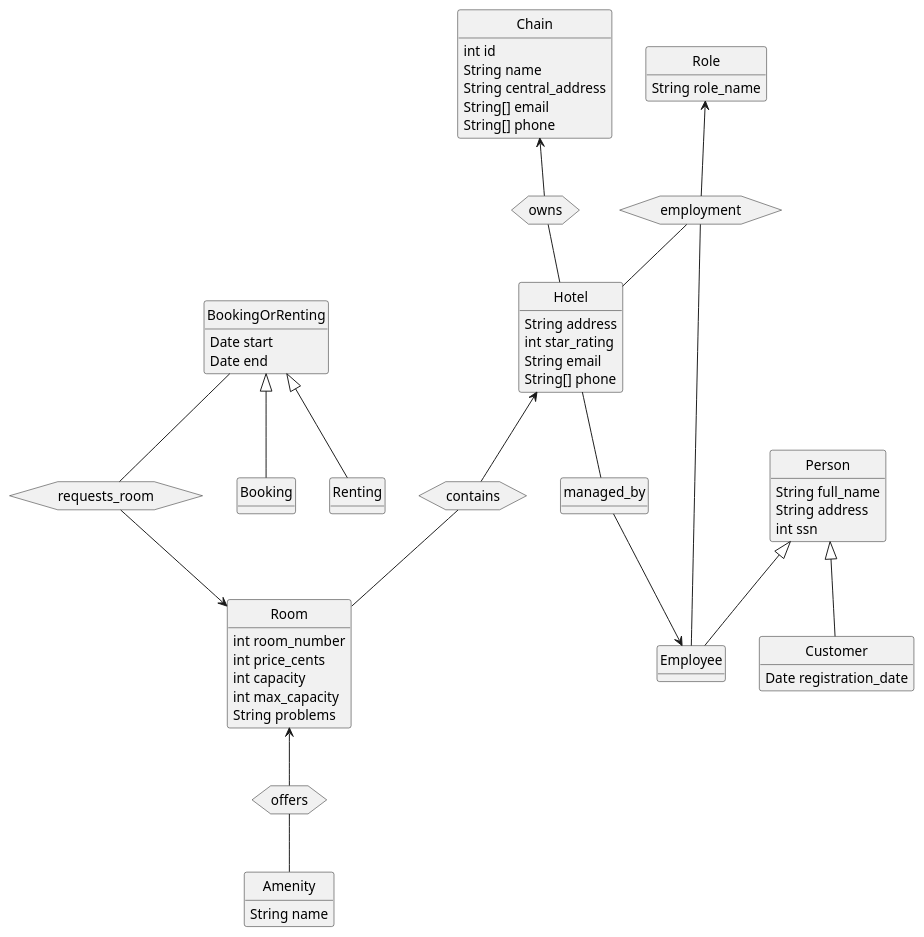
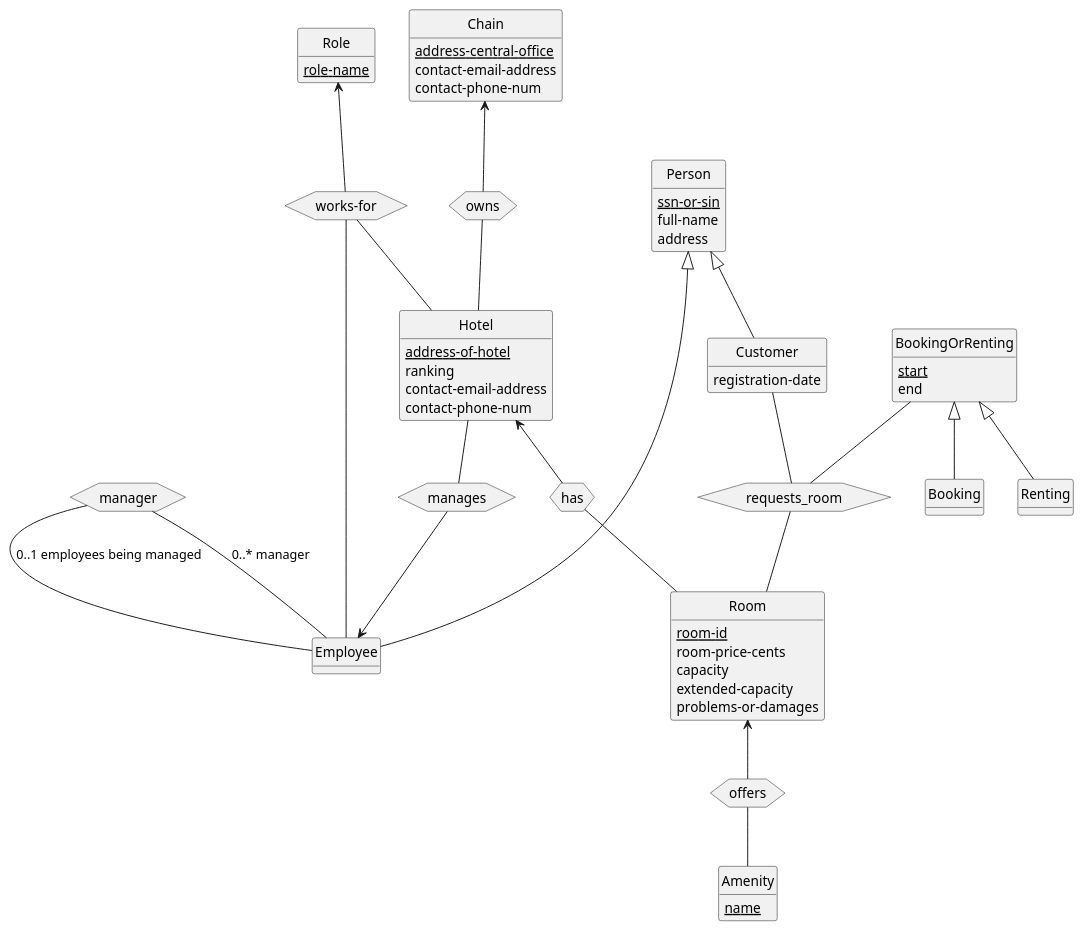
One commit to danielzgtg/csi2132-project-team-7 changed the first of 2 diagrams in deliverable1_class.md. Above: the diagram before and after it, drawn with PlantUML. The commit also changed other lines of this file, not shown here.

````diff
--- a/deliverable1_class.md
+++ b/deliverable1_class.md
@@ -10,73 +10,77 @@
 allowmixing
 
 class Chain {
-int id
-String name
-String central_address
-String[] email
-String[] phone
+<u>address-central-office</u>
+contact-email-address
+contact-phone-num
 }
 hexagon owns
 Chain <-- owns
 
 class Hotel {
-String address
-int star_rating
-String email
-String[] phone
+<u>address-of-hotel</u>
+ranking
+contact-email-address
+contact-phone-num
 }
 owns == Hotel
-hexagon contains
-Hotel <-- contains
+hexagon has
+Hotel <-- has
 
 class Room {
-int room_number
-int price_cents
-int capacity
-int max_capacity
-String problems
+<u>room-id</u>
+room-price-cents
+capacity
+extended-capacity
+problems-or-damages
 }
-contains == Room
+has == Room
 hexagon offers
 Room <-- offers
 
 class Amenity {
-String name
+<u>name</u>
 }
 offers == Amenity
 
 class Person {
-String full_name
-String address
-int ssn
+<u>ssn-or-sin</u>
+full-name
+address
 }
 
 class Customer {
-Date registration_date
+registration-date
 }
 Person <|-- Customer
 
 class Employee {
 }
 Person <|-- Employee
-Hotel == managed_by
-managed_by --> Employee
+hexagon manages
+Hotel == manages
+manages --> Employee
+
+hexagon manager
+manager -- Employee : 0..1 employees being managed
+manager -- Employee : 0..* manager
 
 class Role {
-String role_name
+<u>role-name</u>
 }
-hexagon employment
-Role <-- employment
-employment -- Employee
-employment -- Hotel
+hexagon "works-for" as works_for
+Role <-- works_for
+works_for -- Employee
+works_for -- Hotel
 
 class BookingOrRenting {
-Date start
-Date end
+<w>start</w>
+end
 }
 hexagon requests_room
-BookingOrRenting -- requests_room
-requests_room --> Room
+BookingOrRenting == requests_room
+Customer -- requests_room
+requests_room -- Room
 
 class Booking {
 }
@@ -85,5 +89,4 @@
 class Renting {
 }
 BookingOrRenting <|-- Renting
-
 ```
````
